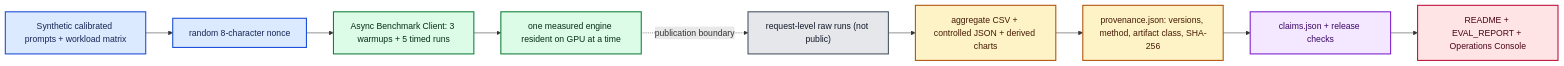
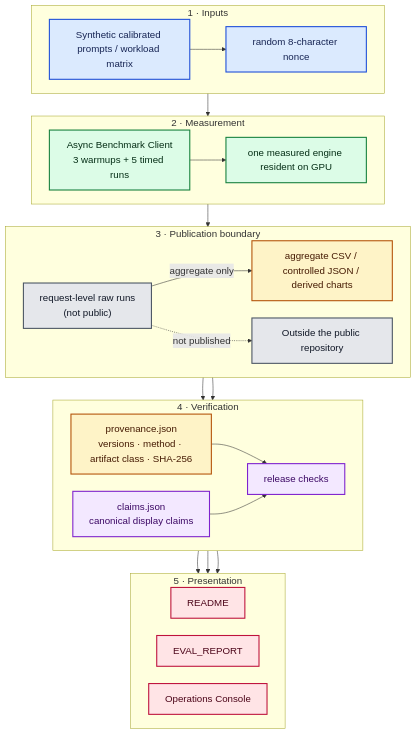
Before and after one commit to kuotunyu/local-inference-bench-gateway: the third of 3 diagrams in README.md, drawn with Mermaid. The commit also changed other lines of this file and 1 other file, not shown here.

Commit message:
docs: improve README diagram readability

````diff
--- a/README.md
+++ b/README.md
@@ -114,34 +121,63 @@
 ```mermaid
-flowchart LR
-    Inputs["Synthetic calibrated prompts + workload matrix"]
-    Nonce["random 8-character nonce"]
-    Client["Async Benchmark Client: 3 warmups + 5 timed runs"]
-    Resident["one measured engine resident on GPU at a time"]
-    Raw["request-level raw runs (not public)"]
-    Aggregate["aggregate CSV + controlled JSON + derived charts"]
-    Provenance["provenance.json: versions, method, artifact class, SHA-256"]
-    Checks["claims.json + release checks"]
-    Presentation["README + EVAL_REPORT + Operations Console"]
+%%{init: {"themeVariables": {"fontSize": "18px"}, "flowchart": {"nodeSpacing": 32, "rankSpacing": 42}}}%%
+flowchart TB
+    subgraph Inputs["1 · Inputs"]
+        direction LR
+        Workload["Synthetic calibrated prompts / workload matrix"]
+        Nonce["random 8-character nonce"]
+        Workload --> Nonce
+    end
 
-    Inputs --> Nonce
+    subgraph Measurement["2 · Measurement"]
+        direction LR
+        Client["Async Benchmark Client<br/>3 warmups + 5 timed runs"]
+        Resident["one measured engine resident on GPU"]
+        Client --> Resident
+    end
+
+    subgraph Boundary["3 · Publication boundary"]
+        direction LR
+        Raw["request-level raw runs<br/>(not public)"]
+        Aggregate["aggregate CSV / controlled JSON / derived charts"]
+        Private["Outside the public repository"]
+        Raw -->|"aggregate only"| Aggregate
+        Raw -. not published .-> Private
+    end
+
+    subgraph Verification["4 · Verification"]
+        direction LR
+        Provenance["provenance.json<br/>versions · method · artifact class · SHA-256"]
+        Claims["claims.json<br/>canonical display claims"]
+        Checks["release checks"]
+        Provenance --> Checks
+        Claims --> Checks
+    end
+
+    subgraph Presentation["5 · Presentation"]
+        direction LR
+        Readme["README"]
+        Eval["EVAL_REPORT"]
+        Console["Operations Console"]
+    end
+
     Nonce --> Client
-    Client --> Resident
-    Resident -. publication boundary .-> Raw
-    Raw --> Aggregate
+    Resident --> Raw
     Aggregate --> Provenance
-    Provenance --> Checks
-    Checks --> Presentation
+    Aggregate --> Claims
+    Checks --> Readme
+    Checks --> Eval
+    Checks --> Console
 
     classDef input fill:#DBEAFE,stroke:#1D4ED8,stroke-width:2px,color:#172554;
     classDef measurement fill:#DCFCE7,stroke:#15803D,stroke-width:2px,color:#052E16;
     classDef artifact fill:#FEF3C7,stroke:#B45309,stroke-width:2px,color:#451A03;
     classDef verification fill:#F3E8FF,stroke:#7E22CE,stroke-width:2px,color:#3B0764;
     classDef presentation fill:#FFE4E6,stroke:#BE123C,stroke-width:2px,color:#4C0519;
     classDef unpublished fill:#E5E7EB,stroke:#4B5563,stroke-width:2px,color:#111827;
-    class Inputs,Nonce input;
+    class Workload,Nonce input;
     class Client,Resident measurement;
-    class Raw unpublished;
+    class Raw,Private unpublished;
     class Aggregate,Provenance artifact;
-    class Checks verification;
-    class Presentation presentation;
+    class Claims,Checks verification;
+    class Readme,Eval,Console presentation;
 ```
````
